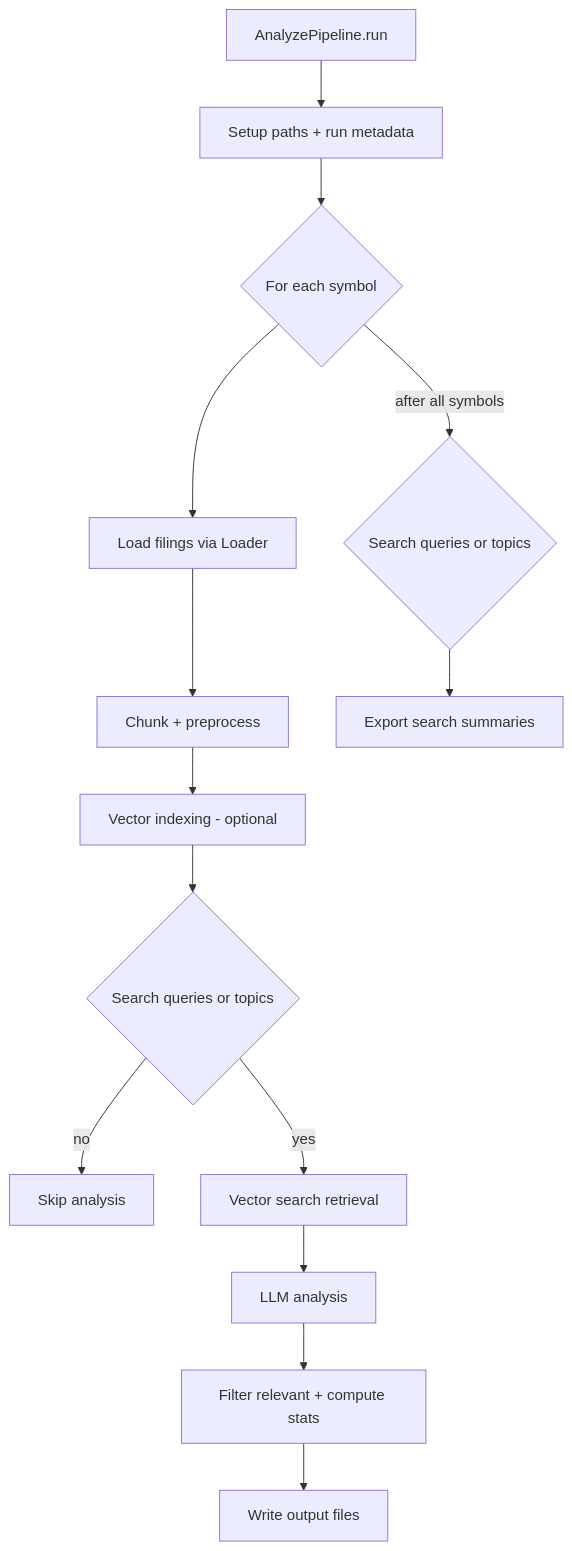
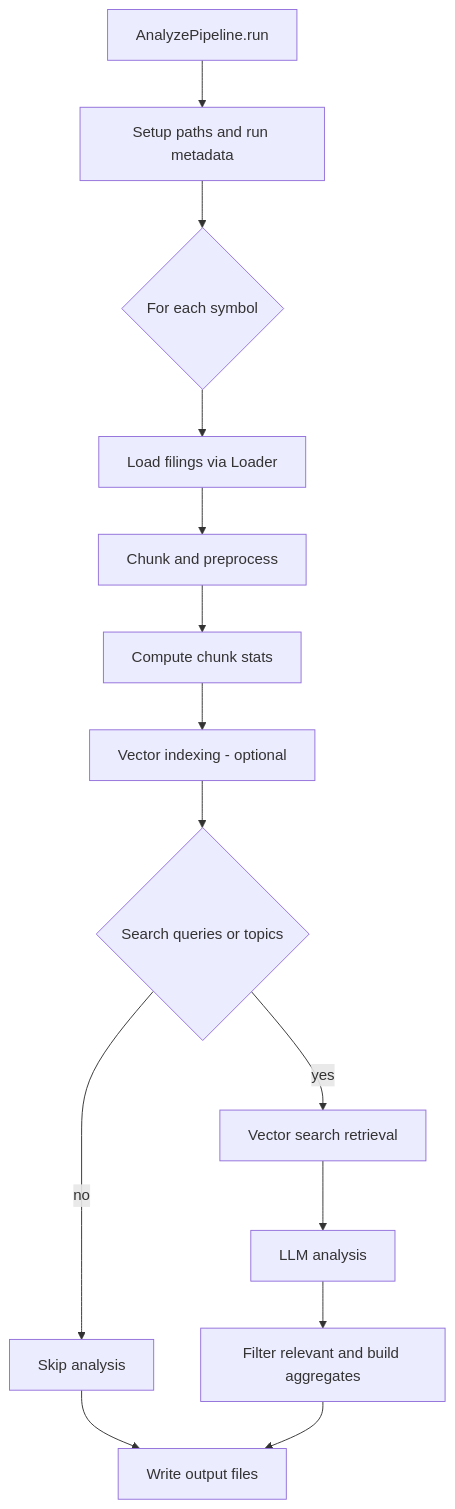
Before and after one commit to nrhill1/sec_nlp: the diagram in src/sec_nlp/pipelines/presets/analyze/README.md, drawn with Mermaid. The commit also changed other lines of this file, not shown here.

Commit message:
fix analyze README

````diff
--- a/src/sec_nlp/pipelines/presets/analyze/README.md
+++ b/src/sec_nlp/pipelines/presets/analyze/README.md
@@ -7,16 +7,16 @@
 ```mermaid
 flowchart TD
-  A[AnalyzePipeline.run] --> B[Setup paths + run metadata]
+  A[AnalyzePipeline.run] --> B[Setup paths and run metadata]
   B --> C{For each symbol}
   C --> D[Load filings via Loader]
-  D --> E[Chunk + preprocess]
-  E --> F[Vector indexing - optional]
-  F --> G{Search queries or topics}
-  G -- no --> H[Skip analysis]
-  G -- yes --> I[Vector search retrieval]
-  I --> J[LLM analysis]
-  J --> K[Filter relevant + compute stats]
-  K --> L[Write output files]
-  C -->|after all symbols| M{Search queries or topics}
-  M --> N[Export search summaries]
+  D --> E[Chunk and preprocess]
+  E --> F[Compute chunk stats]
+  F --> G[Vector indexing - optional]
+  G --> H{Search queries or topics}
+  H -- no --> I[Skip analysis]
+  H -- yes --> J[Vector search retrieval]
+  J --> K[LLM analysis]
+  K --> L[Filter relevant and build aggregates]
+  I --> M[Write output files]
+  L --> M
 ```
````
